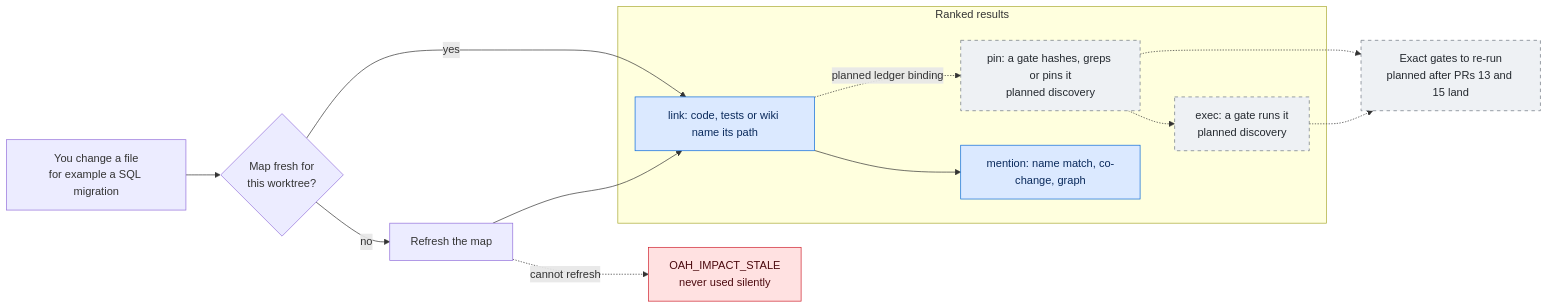
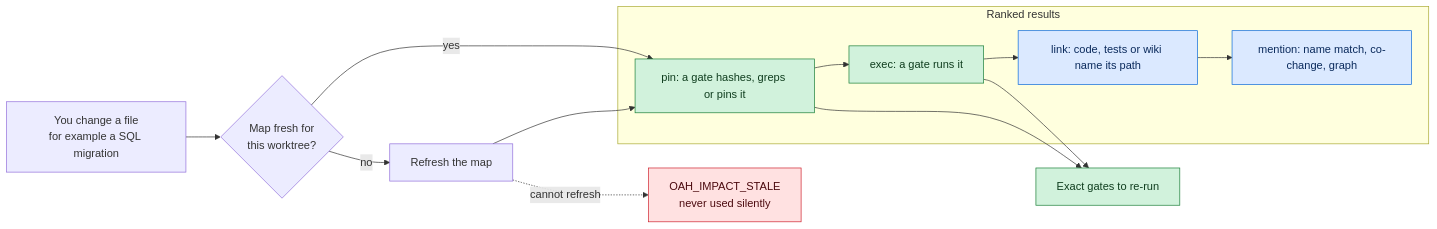
Before and after one commit to KenSuh/open-agent-harness: the fourth of 8 diagrams in README.md, drawn with Mermaid. The commit also changed other lines of this file and 2 other files, not shown here.

````diff
--- a/README.md
+++ b/README.md
@@ -277,33 +276,31 @@
 ```mermaid
 flowchart LR
     change["You change a file<br/>for example a SQL migration"]
     fresh{"Map fresh for<br/>this worktree?"}
     refresh["Refresh the map"]
     stale["OAH_IMPACT_STALE<br/>never used silently"]
 
     subgraph ranked["Ranked results"]
-        pinR["pin: a gate hashes, greps or pins it<br/>planned discovery"]
-        execR["exec: a gate runs it<br/>planned discovery"]
+        pinR["pin: a gate hashes, greps or pins it"]
+        execR["exec: a gate runs it"]
         linkR["link: code, tests or wiki name its path"]
         mentionR["mention: name match, co-change, graph"]
     end
 
-    rerun["Exact gates to re-run<br/>planned after PRs 13 and 15 land"]
+    rerun["Exact gates to re-run"]
 
     change --> fresh
-    fresh -->|"yes"| linkR
-    fresh -->|"no"| refresh --> linkR
+    fresh -->|"yes"| pinR
+    fresh -->|"no"| refresh --> pinR
     refresh -.->|"cannot refresh"| stale
-    linkR --> mentionR
-    linkR -.->|"planned ledger binding"| pinR
-    pinR -.-> execR
-    pinR -.-> rerun
-    execR -.-> rerun
+    pinR --> execR --> linkR --> mentionR
+    pinR --> rerun
+    execR --> rerun
 
-    classDef planned fill:#eef1f4,stroke:#6e7781,color:#24292f,stroke-dasharray: 5 5
+    classDef strong fill:#d1f2dc,stroke:#1a7f37,color:#0f3d1e
     classDef weak fill:#dbe9ff,stroke:#0969da,color:#0a2a5c
     classDef stop fill:#ffe1e1,stroke:#cf222e,color:#4c0a0f
-    class pinR,execR,rerun planned
+    class pinR,execR,rerun strong
     class linkR,mentionR weak
     class stale stop
 ```
````
